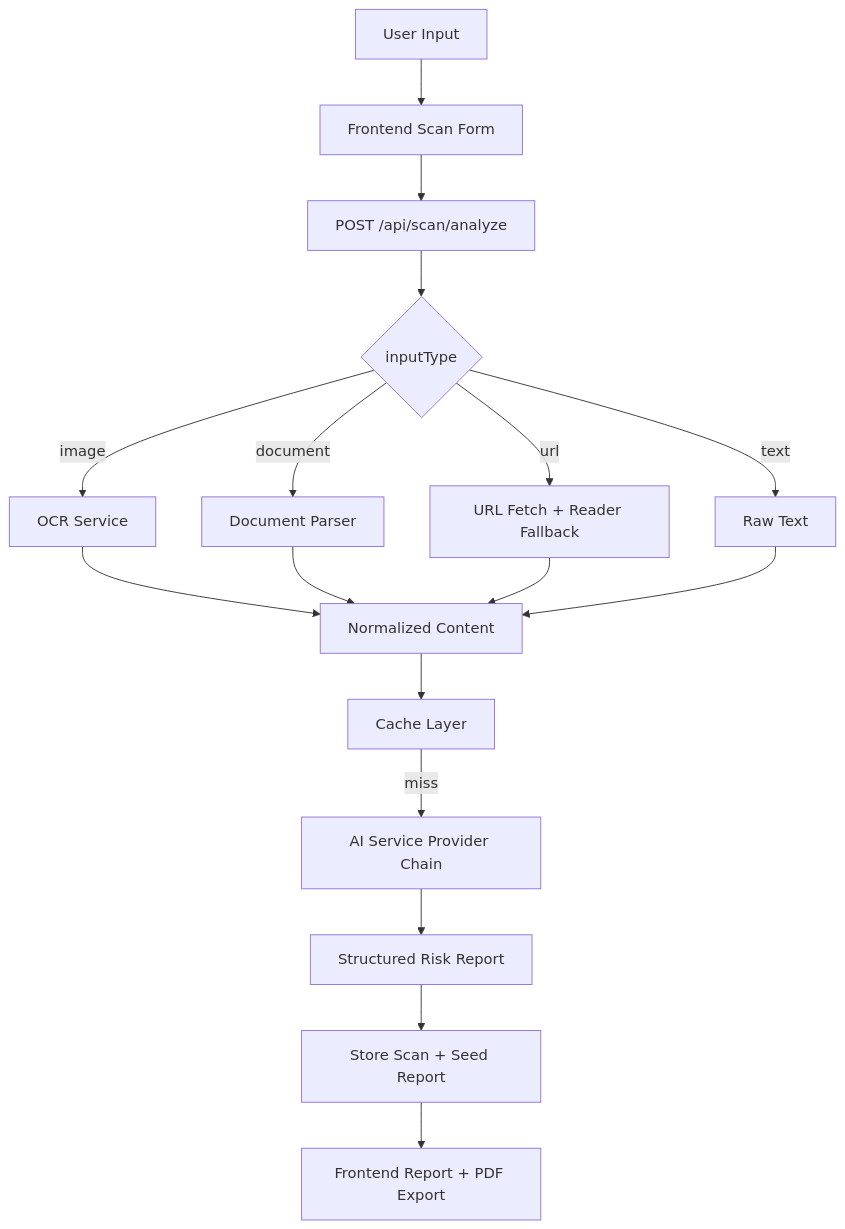
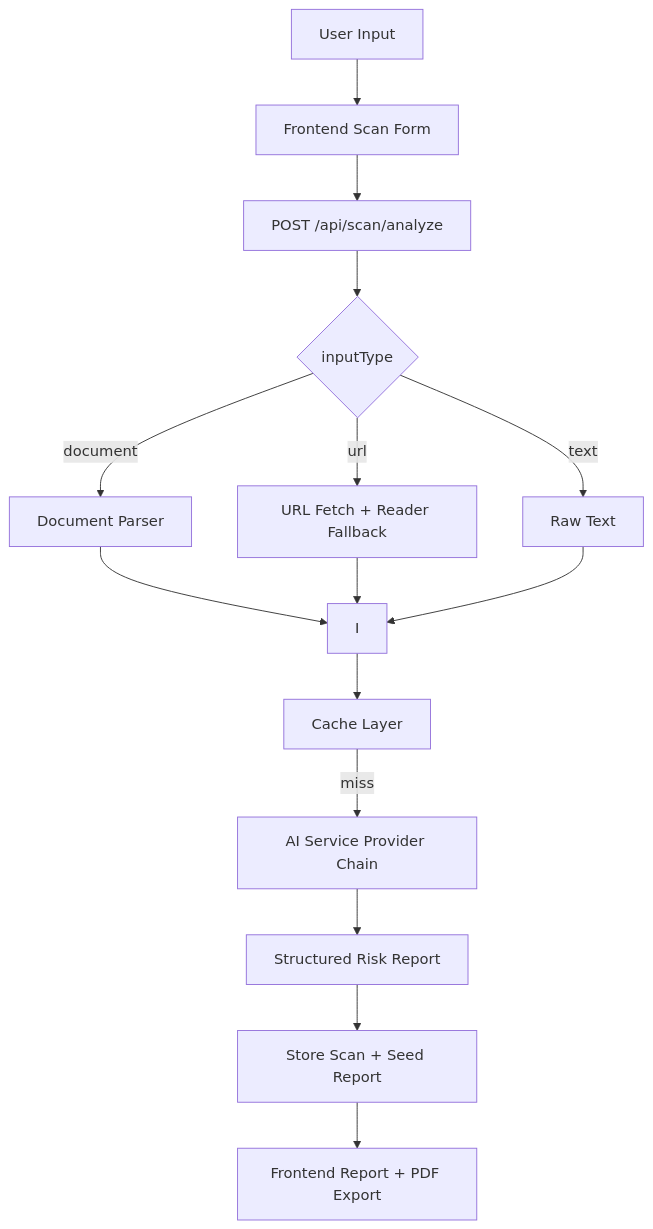
Before and after one commit to Omjee73/RakshaX-AI: the diagram in README.md, drawn with Mermaid. The commit also changed other lines of this file and 11 other files, not shown here.

````diff
--- a/README.md
+++ b/README.md
@@ -53,19 +52,17 @@
 ```mermaid
 flowchart TD
   A[User Input] --> B[Frontend Scan Form]
   B --> C[POST /api/scan/analyze]
   C --> D{inputType}
-  D -->|image| E[OCR Service]
   D -->|document| F[Document Parser]
   D -->|url| G[URL Fetch + Reader Fallback]
   D -->|text| H[Raw Text]
-  E --> I[Normalized Content]
   F --> I
   G --> I
   H --> I
   I --> J[Cache Layer]
   J -->|miss| K[AI Service Provider Chain]
   K --> L[Structured Risk Report]
   L --> M[Store Scan + Seed Report]
   M --> N[Frontend Report + PDF Export]
 ```
````
